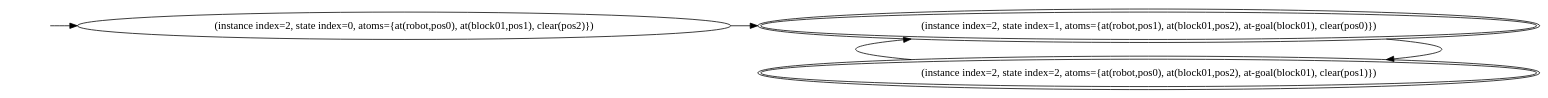
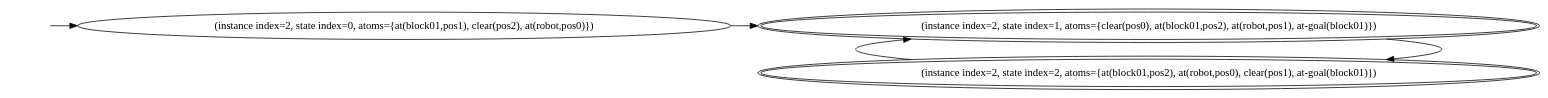
Before and after one commit to rakhmanu/sketch-learner-pymimir1: the diagram in workspace/problem_1_3_1.dot, drawn with Graphviz. The commit also changed 399 other files, not shown here.

```diff
--- a/workspace/problem_1_3_1.dot
+++ b/workspace/problem_1_3_1.dot
@@ -1,18 +1,18 @@
 digraph {
 rankdir="LR"
-s0[label="(instance index=2, state index=0, atoms={at(robot,pos0), at(block01,pos1), clear(pos2)})"]
-s1[peripheries=2,label="(instance index=2, state index=1, atoms={at(robot,pos1), at(block01,pos2), at-goal(block01), clear(pos0)})"]
-s2[peripheries=2,label="(instance index=2, state index=2, atoms={at(robot,pos0), at(block01,pos2), at-goal(block01), clear(pos1)})"]
+s0[label="(instance index=2, state index=0, atoms={at(block01,pos1), clear(pos2), at(robot,pos0)})"]
+s1[peripheries=2,label="(instance index=2, state index=1, atoms={clear(pos0), at(block01,pos2), at(robot,pos1), at-goal(block01)})"]
+s2[peripheries=2,label="(instance index=2, state index=2, atoms={at(block01,pos2), at(robot,pos0), clear(pos1), at-goal(block01)})"]
 Dangling [ label = "", style = invis ]
 { rank = same; Dangling }
 Dangling -> s0
 { rank = same; s0}
 { rank = same; s1,s2}
 {
 s0->s1
 }
 {
 s1->s2
 s2->s1
 }
 }
```
